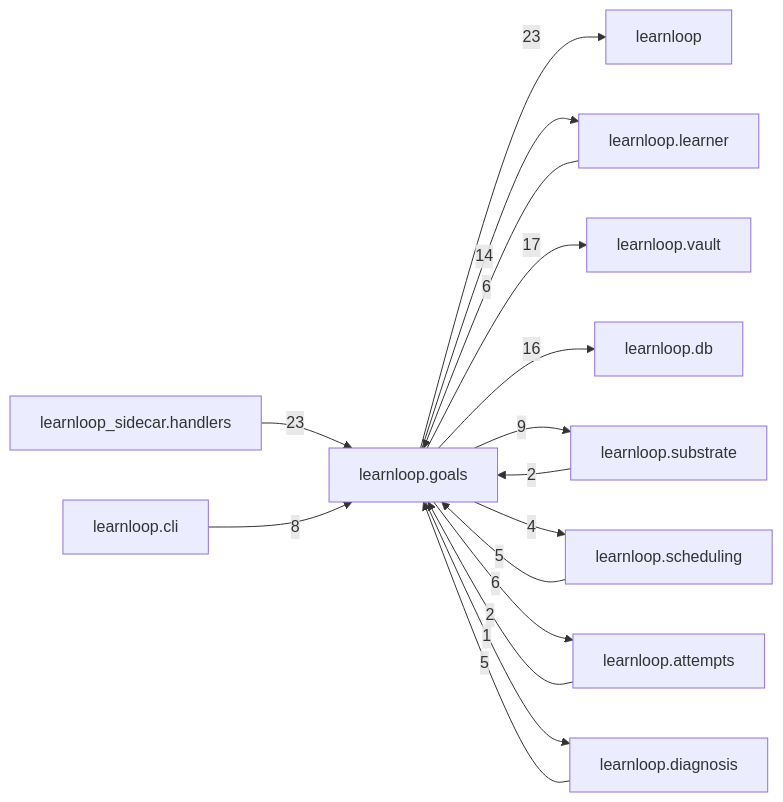
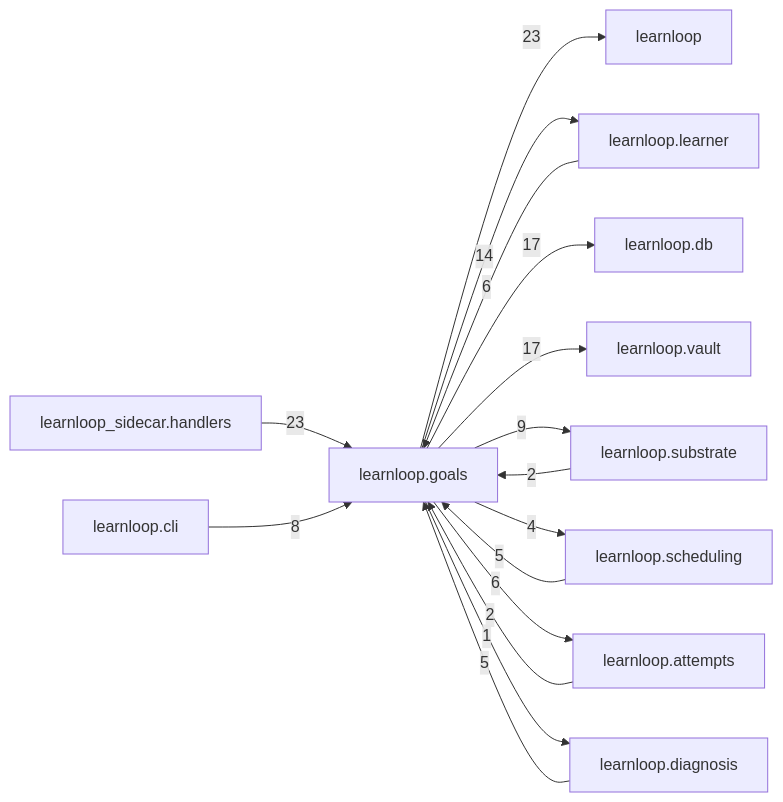
One commit to 6up-b/learnanything changed the diagram in docs/learnloop-architecture-vault/Reference/Modules/learnloop/goals/_package.md. Above: the diagram before and after it, drawn with Mermaid. The commit also changed other lines of this file and 61 other files, not shown here.

````diff
--- a/docs/learnloop-architecture-vault/Reference/Modules/learnloop/goals/_package.md
+++ b/docs/learnloop-architecture-vault/Reference/Modules/learnloop/goals/_package.md
@@ -128,29 +128,29 @@
 ```mermaid
 flowchart LR
     center["learnloop.goals"]
     n_learnloop["learnloop"]
     n_learnloop_sidecar_handlers["learnloop_sidecar.handlers"]
     n_learnloop_learner["learnloop.learner"]
+    n_learnloop_db["learnloop.db"]
     n_learnloop_vault["learnloop.vault"]
-    n_learnloop_db["learnloop.db"]
     n_learnloop_substrate["learnloop.substrate"]
     n_learnloop_scheduling["learnloop.scheduling"]
     n_learnloop_attempts["learnloop.attempts"]
     n_learnloop_cli["learnloop.cli"]
     n_learnloop_diagnosis["learnloop.diagnosis"]
     center -->|23| n_learnloop
     n_learnloop_sidecar_handlers -->|23| center
     n_learnloop_learner -->|6| center
     center -->|14| n_learnloop_learner
+    center -->|17| n_learnloop_db
     center -->|17| n_learnloop_vault
-    center -->|16| n_learnloop_db
     n_learnloop_substrate -->|2| center
     center -->|9| n_learnloop_substrate
     n_learnloop_scheduling -->|5| center
     center -->|4| n_learnloop_scheduling
     n_learnloop_attempts -->|2| center
     center -->|6| n_learnloop_attempts
     n_learnloop_cli -->|8| center
     n_learnloop_diagnosis -->|5| center
     center -->|1| n_learnloop_diagnosis
 ```
````
